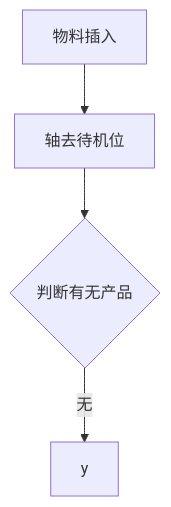
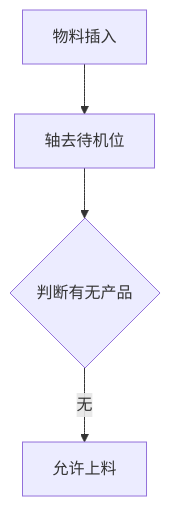
One commit to zmq000/iodraw-files changed the diagram in all/VR-OP90物料插入.md. Above: the diagram before and after it, drawn with Mermaid.

Commit message:
2026-06-18 11:19:28 update

````diff
--- a/all/VR-OP90物料插入.md
+++ b/all/VR-OP90物料插入.md
@@ -1,8 +1,8 @@
 ```mermaid
 graph TD
 0[物料插入]-->10
 10[轴去待机位]-->20
 20{判断有无产品}-->|无|30
-30[y]
+30[允许上料]
   
 ```
````
